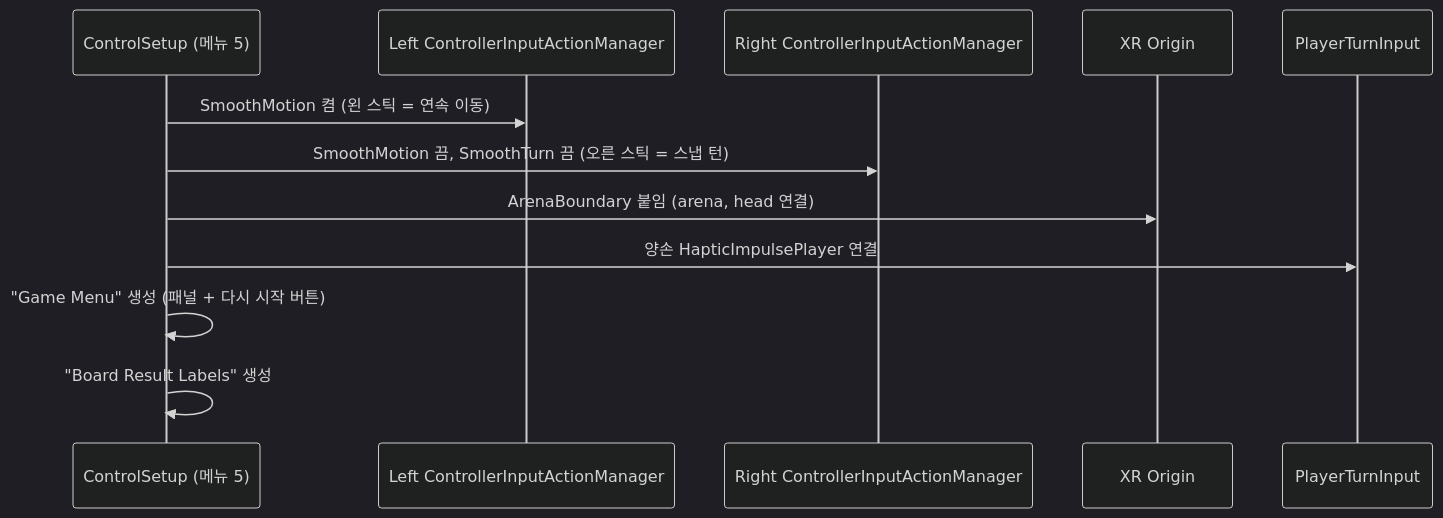
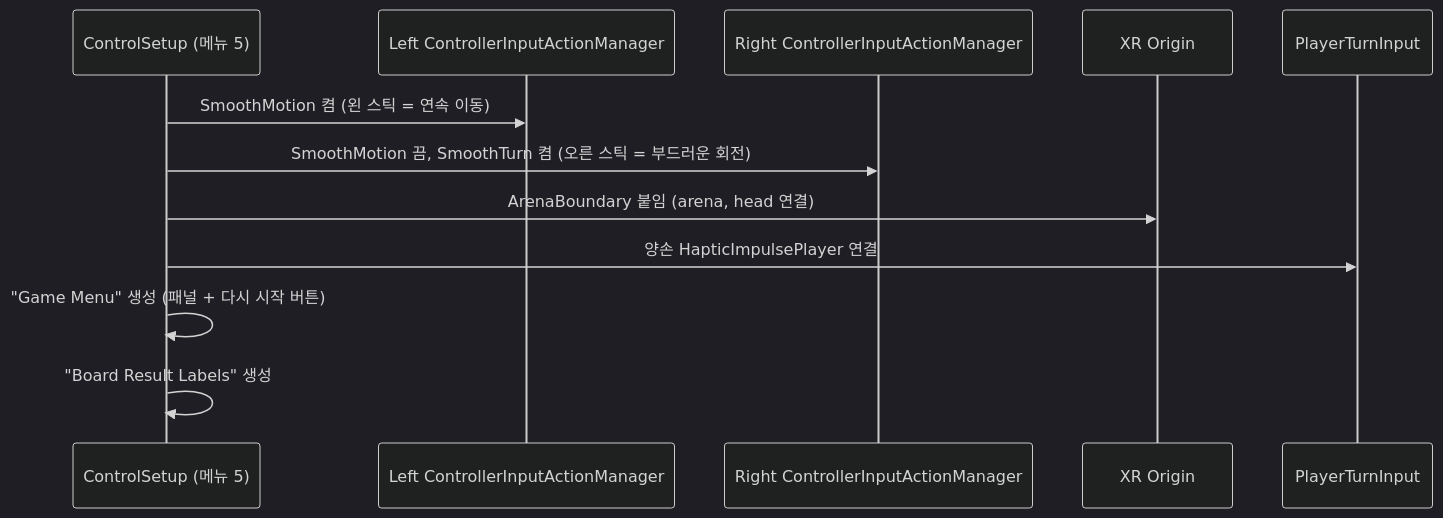
Before and after one commit to KooHoo-Dev/3rd-xr-project-MountainHS: the first of 6 diagrams in Docs/MR Strike/10-조작-UX.md, drawn with Mermaid (dark theme). The commit also changed other lines of this file, not shown here.

````diff
--- a/Docs/MR Strike/10-조작-UX.md
+++ b/Docs/MR Strike/10-조작-UX.md
@@ -11,14 +11,14 @@
 ```mermaid
 sequenceDiagram
     participant M as ControlSetup (메뉴 5)
     participant L as Left ControllerInputActionManager
     participant R as Right ControllerInputActionManager
     participant O as XR Origin
     participant P as PlayerTurnInput
     M->>L: SmoothMotion 켬 (왼 스틱 = 연속 이동)
-    M->>R: SmoothMotion 끔, SmoothTurn 끔 (오른 스틱 = 스냅 턴)
+    M->>R: SmoothMotion 끔, SmoothTurn 켬 (오른 스틱 = 부드러운 회전)
     M->>O: ArenaBoundary 붙임 (arena, head 연결)
     M->>P: 양손 HapticImpulsePlayer 연결
     M->>M: "Game Menu" 생성 (패널 + 다시 시작 버튼)
     M->>M: "Board Result Labels" 생성
 ```
````
